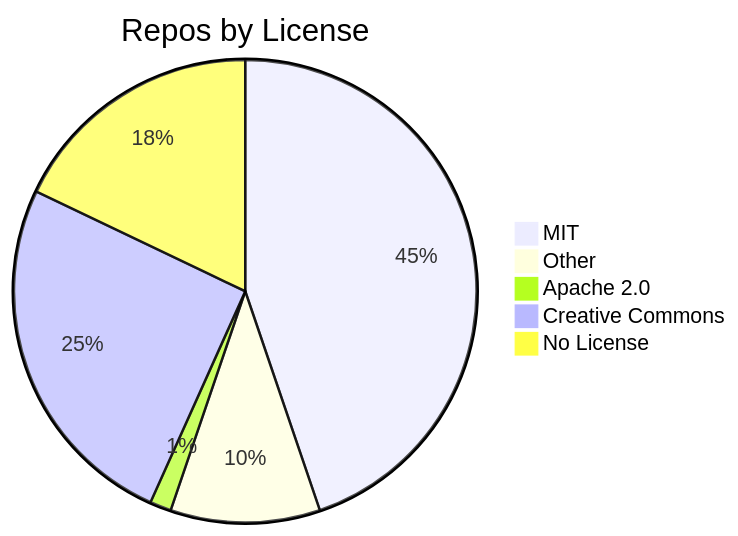
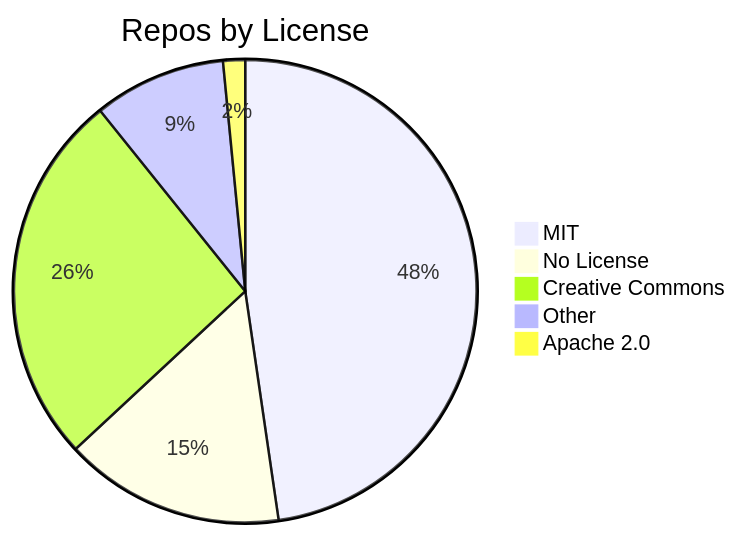
One commit to jpatterson933/awesome-mcp-server-repo-index changed the diagram in README.md. Above: the diagram before and after it, drawn with Mermaid. The commit also changed other lines of this file and 7 other files, not shown here.

````diff
--- a/README.md
+++ b/README.md
@@ -31,8 +31,8 @@
 ```mermaid
 pie title Repos by License
-    "MIT" : 30
-    "Other" : 7
+    "MIT" : 31
+    "No License" : 10
+    "Creative Commons" : 17
+    "Other" : 6
     "Apache 2.0" : 1
-    "Creative Commons" : 17
-    "No License" : 12
 ```
````
